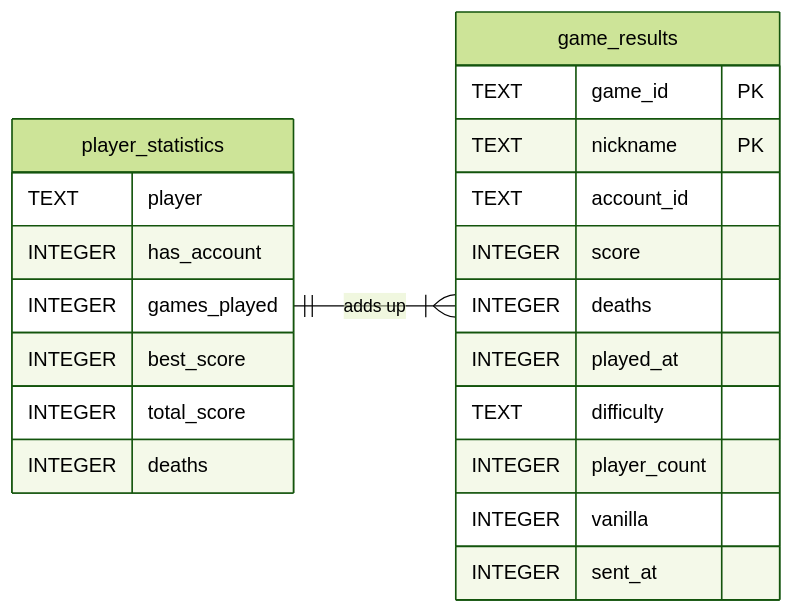
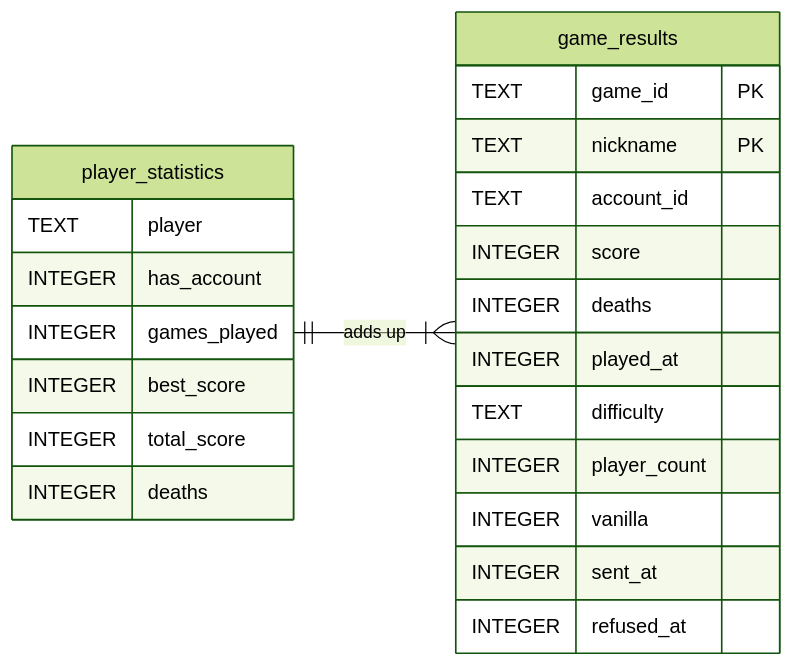
Before and after one commit to nique-epi/R-Type: the third of 3 diagrams in docs/src/content/docs/server.md, drawn with Mermaid (forest theme). The commit also changed other lines of this file and 2 other files, not shown here.

````diff
--- a/docs/src/content/docs/server.md
+++ b/docs/src/content/docs/server.md
@@ -1245,27 +1245,28 @@
 ```mermaid
 erDiagram
   accTitle: The SQLite file of a server
   accDescr: The table game_results holds one row per player of each finished game, keyed by game_id and nickname. The view player_statistics adds up the rows of each player and holds no data of its own.
   direction LR
   game_results {
     TEXT game_id PK
     TEXT nickname PK
     TEXT account_id
     INTEGER score
     INTEGER deaths
     INTEGER played_at
     TEXT difficulty
     INTEGER player_count
     INTEGER vanilla
     INTEGER sent_at
+    INTEGER refused_at
   }
   player_statistics {
     TEXT player
     INTEGER has_account
     INTEGER games_played
     INTEGER best_score
     INTEGER total_score
     INTEGER deaths
   }
   player_statistics ||--|{ game_results : "adds up"
 ```
````
